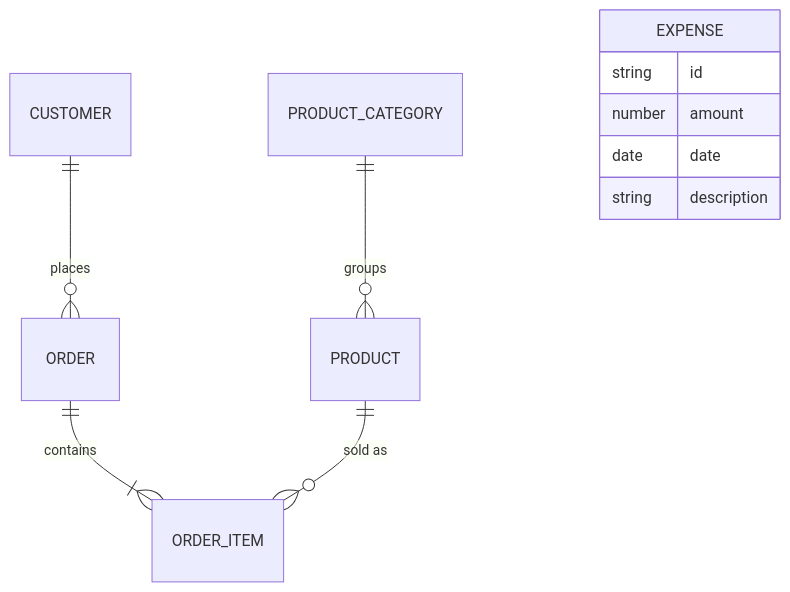
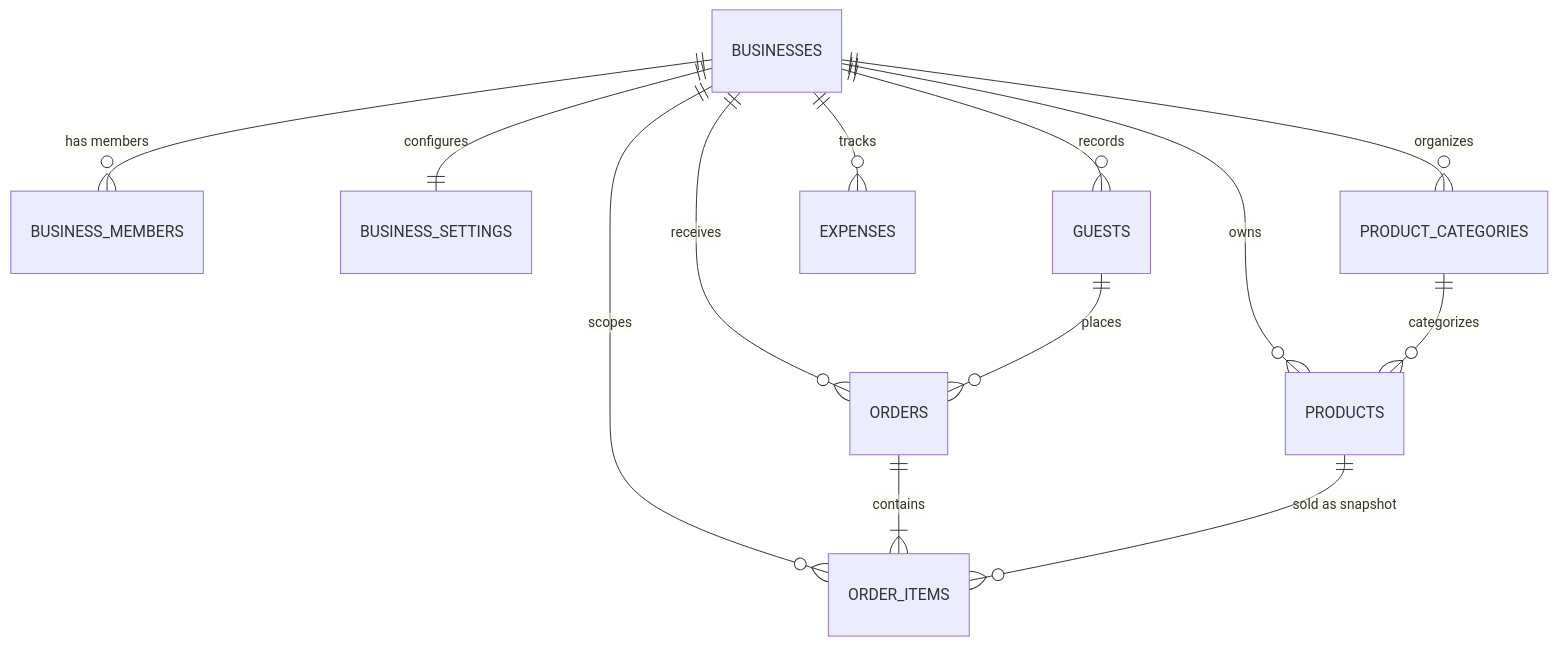
The fourth of 4 diagrams in docs/architecture.md (mikael-dzoss/foodbiz-pwa), drawn with Mermaid before and after one commit. The commit also changed other lines of this file and 7 other files, not shown here.

Commit message:
feat(db): draft database schema and ERD specification (#117)

````diff
--- a/docs/architecture.md
+++ b/docs/architecture.md
@@ -101,13 +101,16 @@
 ```mermaid
 erDiagram
-  CUSTOMER ||--o{ ORDER : "places"
-  ORDER ||--|{ ORDER_ITEM : "contains"
-  PRODUCT ||--o{ ORDER_ITEM : "sold as"
-  PRODUCT_CATEGORY ||--o{ PRODUCT : "groups"
-  EXPENSE {
-    string id
-    number amount
-    date date
-    string description
-  }
+  BUSINESSES ||--o{ BUSINESS_MEMBERS : "has members"
+  BUSINESSES ||--|| BUSINESS_SETTINGS : "configures"
+  BUSINESSES ||--o{ PRODUCT_CATEGORIES : "organizes"
+  BUSINESSES ||--o{ PRODUCTS : "owns"
+  BUSINESSES ||--o{ GUESTS : "records"
+  BUSINESSES ||--o{ ORDERS : "receives"
+  BUSINESSES ||--o{ ORDER_ITEMS : "scopes"
+  BUSINESSES ||--o{ EXPENSES : "tracks"
+
+  PRODUCT_CATEGORIES ||--o{ PRODUCTS : "categorizes"
+  GUESTS ||--o{ ORDERS : "places"
+  ORDERS ||--|{ ORDER_ITEMS : "contains"
+  PRODUCTS ||--o{ ORDER_ITEMS : "sold as snapshot"
 ```
````
